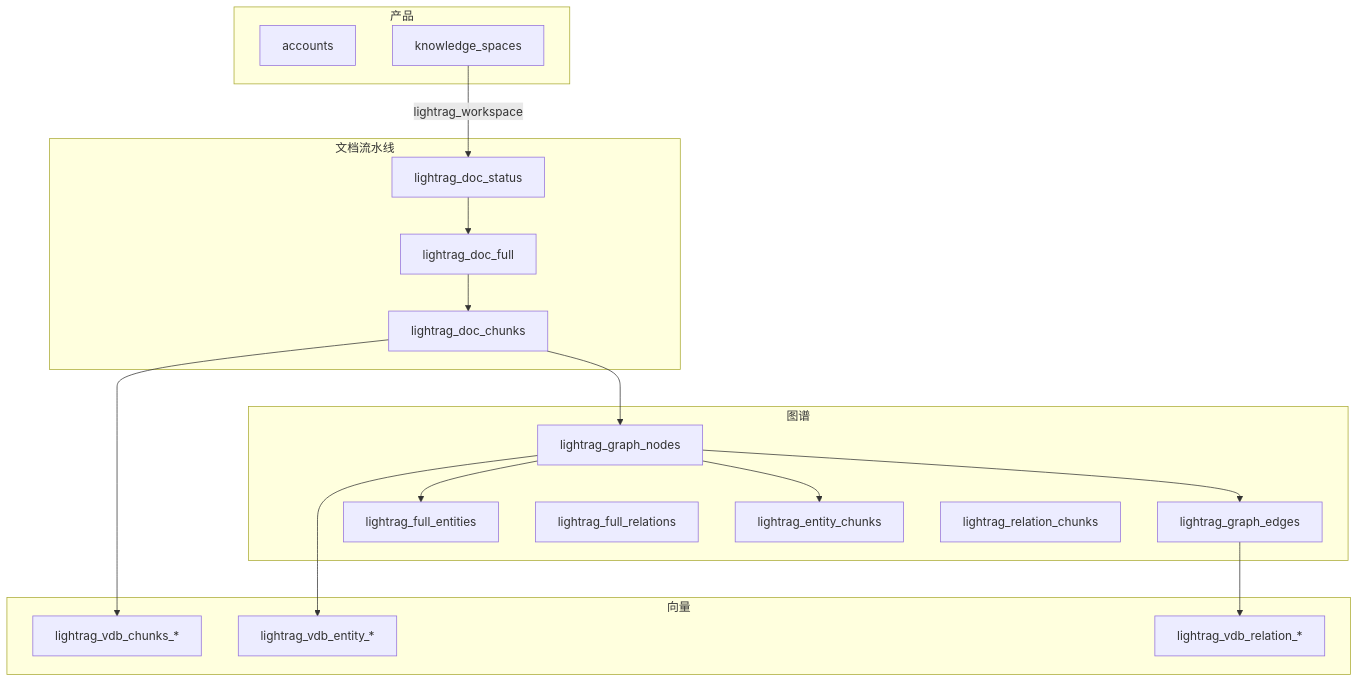
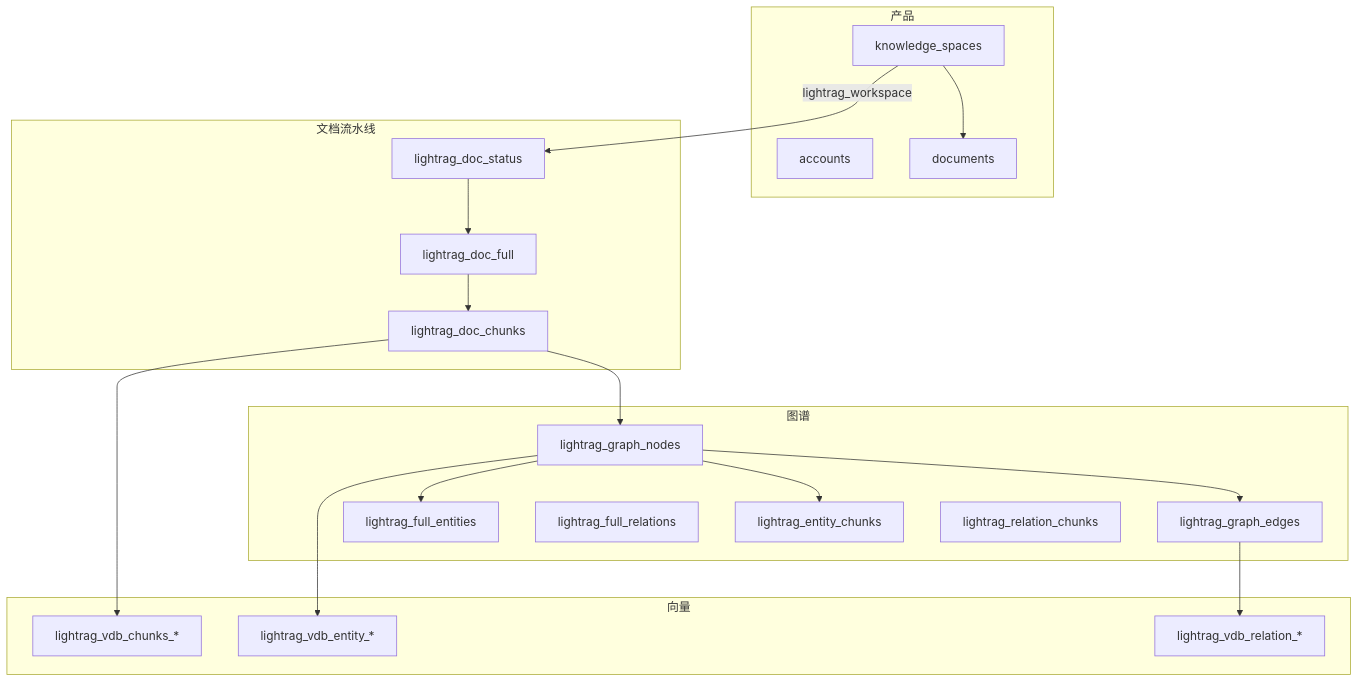
The diagram in docs/refer/database-tables.md (xuyunfei123456/RAG_KnowledgeBase), drawn with Mermaid before and after one commit. The commit also changed other lines of this file and 58 other files, not shown here.

````diff
--- a/docs/refer/database-tables.md
+++ b/docs/refer/database-tables.md
@@ -9,35 +9,37 @@
 ```mermaid
 flowchart TB
   subgraph 产品
     accounts
     knowledge_spaces
+    documents
   end
   subgraph 文档流水线
     doc_status["lightrag_doc_status"]
     doc_full["lightrag_doc_full"]
     doc_chunks["lightrag_doc_chunks"]
   end
   subgraph 图谱
     nodes["lightrag_graph_nodes"]
     edges["lightrag_graph_edges"]
     full_ent["lightrag_full_entities"]
     full_rel["lightrag_full_relations"]
     ent_chunks["lightrag_entity_chunks"]
     rel_chunks["lightrag_relation_chunks"]
   end
   subgraph 向量
     v_chunk["lightrag_vdb_chunks_*"]
     v_ent["lightrag_vdb_entity_*"]
     v_rel["lightrag_vdb_relation_*"]
   end
+  knowledge_spaces --> documents
   knowledge_spaces -->|"lightrag_workspace"| doc_status
   doc_status --> doc_full
   doc_full --> doc_chunks
   doc_chunks --> v_chunk
   doc_chunks --> nodes
   nodes --> edges
   nodes --> v_ent
   edges --> v_rel
   nodes --> full_ent
   nodes --> ent_chunks
 ```
````
